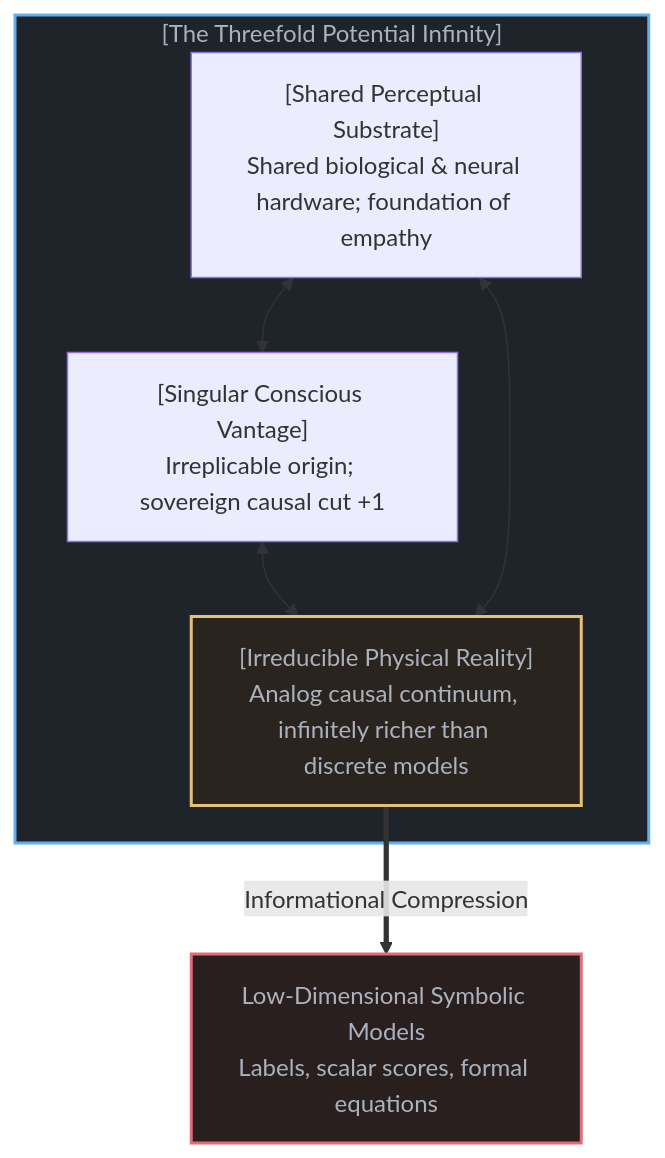
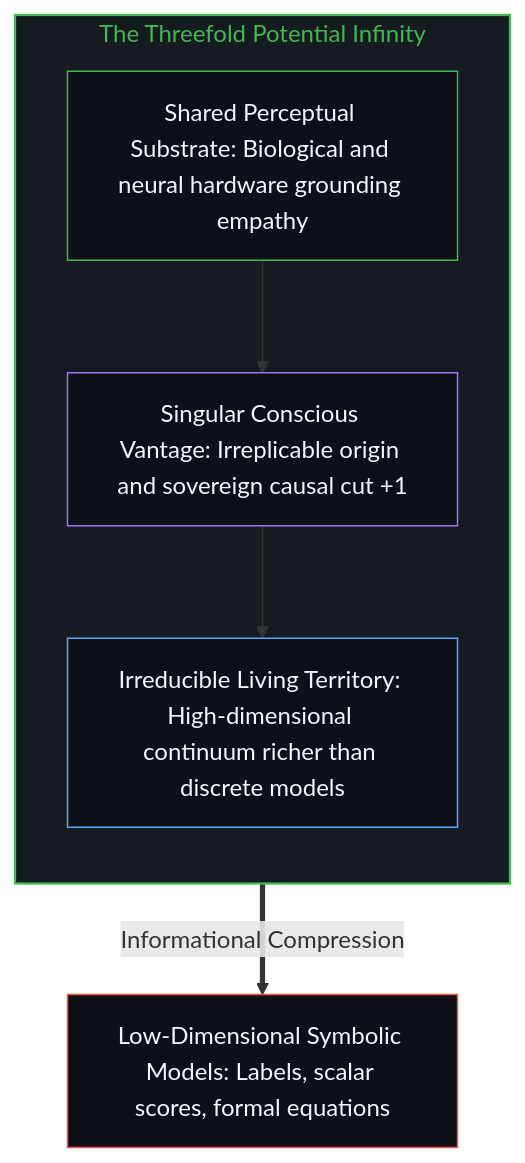
Before and after one commit to powerpig99/not-a-toe: the second of 10 diagrams in content/posts/the-shadow-and-the-infinite.md, drawn with Mermaid. The commit also changed other lines of this file and 19 other files, not shown here.

````diff
--- a/content/posts/the-shadow-and-the-infinite.md
+++ b/content/posts/the-shadow-and-the-infinite.md
@@ -52,18 +48,20 @@
 ```mermaid
-graph TD
-    subgraph ThreefoldInfinity["[The Threefold Potential Infinity]"]
-        SubstrateFold["[Shared Perceptual Substrate]<br>Shared biological & neural hardware; foundation of empathy"]
-        PerspectiveFold["[Singular Conscious Vantage]<br>Irreplicable origin; sovereign causal cut +1"]
-        TerritoryFold["[Irreducible Physical Reality]<br>Analog causal continuum, infinitely richer than discrete models"]
-
-        SubstrateFold <--> PerspectiveFold
-        PerspectiveFold <--> TerritoryFold
-        SubstrateFold <--> TerritoryFold
+flowchart TD
+    subgraph ThreefoldInfinity["The Threefold Potential Infinity"]
+        direction TB
+        SubstrateFold["Shared Perceptual Substrate: Biological and neural hardware grounding empathy"]
+        PerspectiveFold["Singular Conscious Vantage: Irreplicable origin and sovereign causal cut +1"]
+        TerritoryFold["Irreducible Living Territory: High-dimensional continuum richer than discrete models"]
+        SubstrateFold --> PerspectiveFold
+        PerspectiveFold --> TerritoryFold
     end
 
-    TerritoryFold ==>|"Informational Compression"| LowDModel["Low-Dimensional Symbolic Models<br>Labels, scalar scores, formal equations"]
+    LowDModel["Low-Dimensional Symbolic Models: Labels, scalar scores, formal equations"]
+    TerritoryFold ==>|"Informational Compression"| LowDModel
 
-    style ThreefoldInfinity fill:#1f242a,stroke:#61afef,stroke-width:2px,color:#abb2bf
-    style TerritoryFold fill:#2a241f,stroke:#e5c07b,stroke-width:2px,color:#abb2bf
-    style LowDModel fill:#2a1f1f,stroke:#e06c75,stroke-width:2px,color:#abb2bf
+    style ThreefoldInfinity fill:#161b22,stroke:#3fb950,stroke-width:1.5px,color:#3fb950
+    style SubstrateFold fill:#0d1117,stroke:#3fb950,stroke-width:1px,color:#f0f6fc
+    style PerspectiveFold fill:#0d1117,stroke:#a371f7,stroke-width:1px,color:#f0f6fc
+    style TerritoryFold fill:#0d1117,stroke:#58a6ff,stroke-width:1px,color:#f0f6fc
+    style LowDModel fill:#0d1117,stroke:#f85149,stroke-width:1px,color:#f0f6fc
 ```
````
